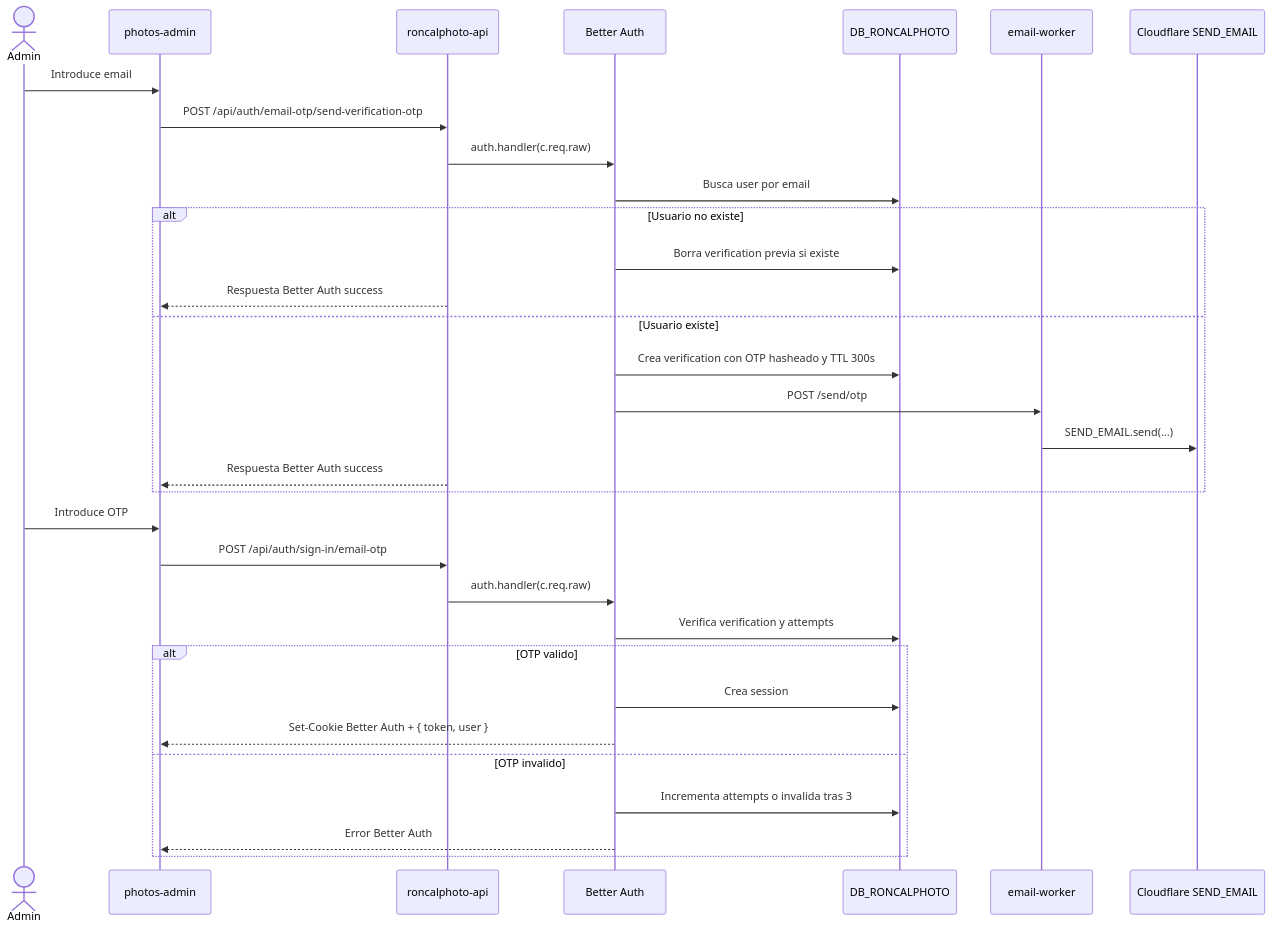
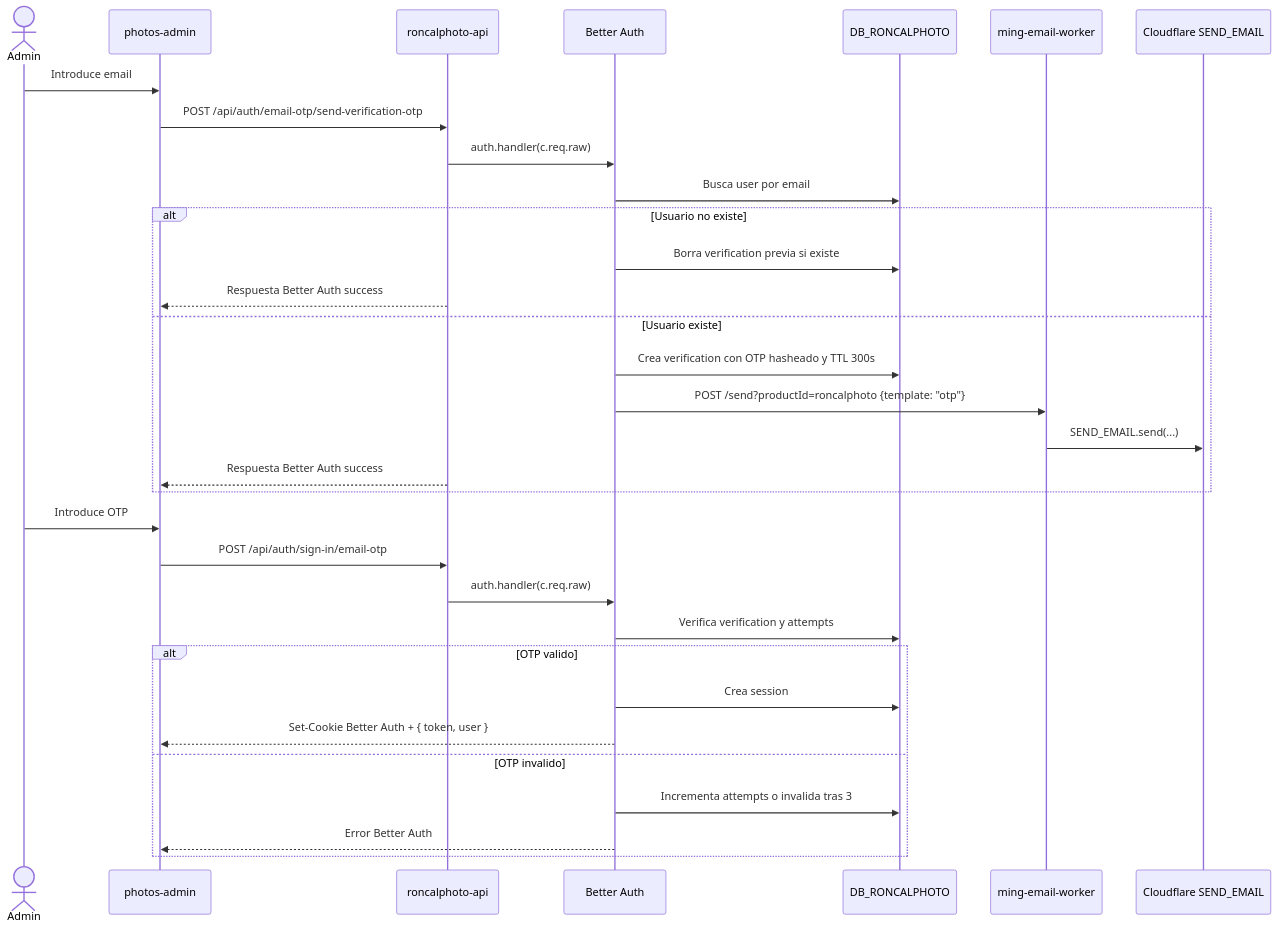
The first of 2 diagrams in docs/auth-flow-guide.md (jmurga97/roncalphoto), drawn with Mermaid before and after one commit. The commit also changed other lines of this file and 45 other files, not shown here.

````diff
--- a/docs/auth-flow-guide.md
+++ b/docs/auth-flow-guide.md
@@ -19,36 +19,36 @@
 ```mermaid
 sequenceDiagram
     actor Admin
     participant AdminUI as photos-admin
     participant API as roncalphoto-api
     participant BA as Better Auth
     participant D1 as DB_RONCALPHOTO
-    participant EmailW as email-worker
+    participant EmailW as ming-email-worker
     participant SendEmail as Cloudflare SEND_EMAIL
 
     Admin->>AdminUI: Introduce email
     AdminUI->>API: POST /api/auth/email-otp/send-verification-otp
     API->>BA: auth.handler(c.req.raw)
     BA->>D1: Busca user por email
     alt Usuario no existe
         BA->>D1: Borra verification previa si existe
         API-->>AdminUI: Respuesta Better Auth success
     else Usuario existe
         BA->>D1: Crea verification con OTP hasheado y TTL 300s
-        BA->>EmailW: POST /send/otp
+        BA->>EmailW: POST /send?productId=roncalphoto {template: "otp"}
         EmailW->>SendEmail: SEND_EMAIL.send(...)
         API-->>AdminUI: Respuesta Better Auth success
     end
 
     Admin->>AdminUI: Introduce OTP
     AdminUI->>API: POST /api/auth/sign-in/email-otp
     API->>BA: auth.handler(c.req.raw)
     BA->>D1: Verifica verification y attempts
     alt OTP valido
         BA->>D1: Crea session
         BA-->>AdminUI: Set-Cookie Better Auth + { token, user }
     else OTP invalido
         BA->>D1: Incrementa attempts o invalida tras 3
         BA-->>AdminUI: Error Better Auth
     end
 ```
````
